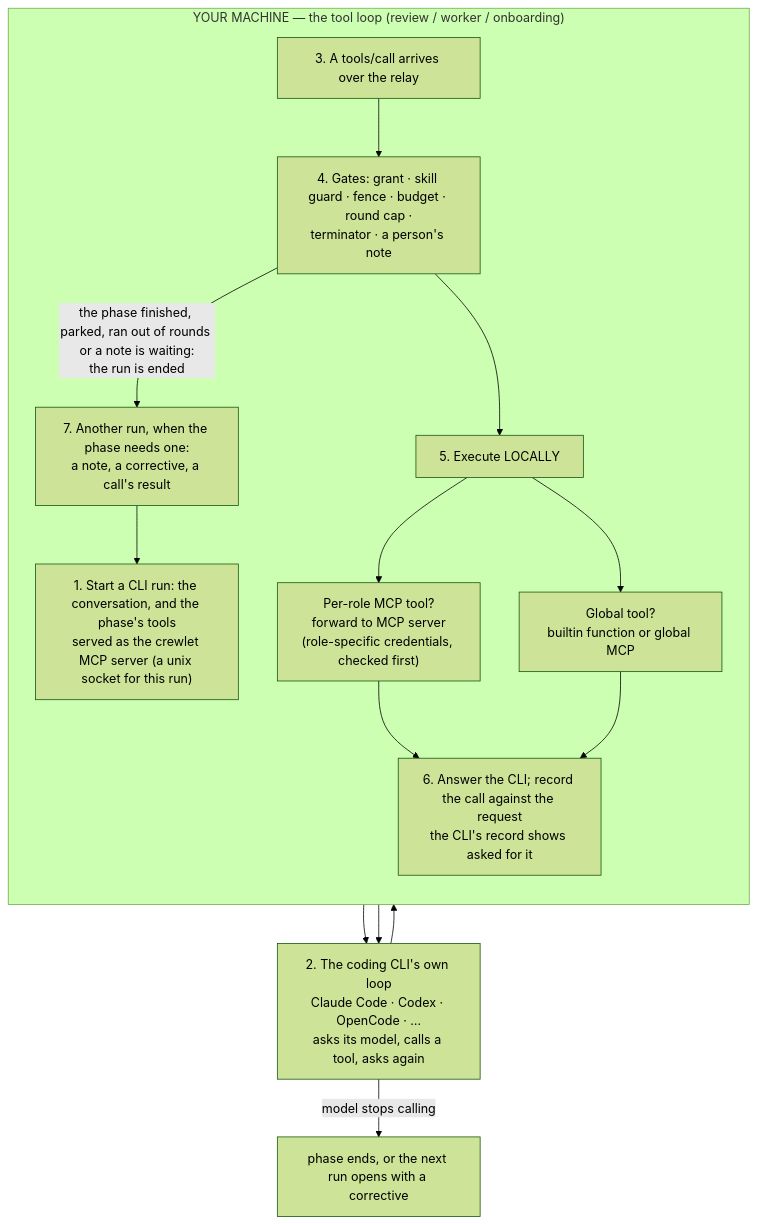
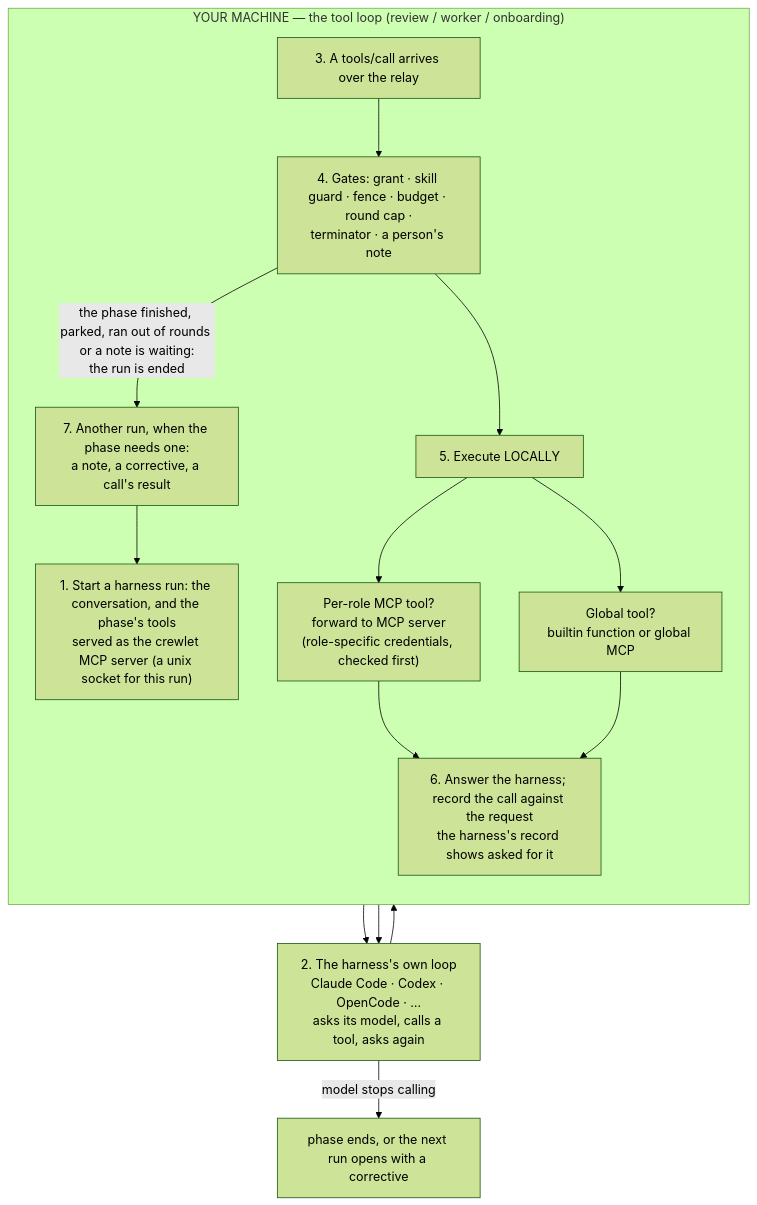
One commit to crewlet/crewlet changed the second of 5 diagrams in docs/concepts/agent-runtime.md. Above: the diagram before and after it, drawn with Mermaid (forest theme). The commit also changed other lines of this file and 64 other files, not shown here.

First line of the commit message:
docs(docs): say harness where the docs said coding CLI

````diff
--- a/docs/concepts/agent-runtime.md
+++ b/docs/concepts/agent-runtime.md
@@ -131,27 +131,27 @@
 ```mermaid
 flowchart TD
     subgraph machine["YOUR MACHINE — the tool loop (review / worker / onboarding)"]
         direction TB
-        S1["1. Start a CLI run: the conversation, and the phase's tools<br/>served as the crewlet MCP server (a unix socket for this run)"]
+        S1["1. Start a harness run: the conversation, and the phase's tools<br/>served as the crewlet MCP server (a unix socket for this run)"]
         S3["3. A tools/call arrives over the relay"]
         G["4. Gates: grant · skill guard · fence · budget · round cap ·<br/>terminator · a person's note"]
         S4["5. Execute LOCALLY"]
-        S5["6. Answer the CLI; record the call against the request<br/>the CLI's record shows asked for it"]
+        S5["6. Answer the harness; record the call against the request<br/>the harness's record shows asked for it"]
         MCP["Per-role MCP tool?<br/>forward to MCP server<br/>(role-specific credentials, checked first)"]
         GLOBAL["Global tool?<br/>builtin function or global MCP"]
         NEXT["7. Another run, when the phase needs one:<br/>a note, a corrective, a call's result"]
         S3 --> G
         G --> S4
         S4 --> MCP
         S4 --> GLOBAL
         MCP --> S5
         GLOBAL --> S5
         NEXT --> S1
     end
-    CLI["2. The coding CLI's own loop<br/>Claude Code · Codex · OpenCode · …<br/>asks its model, calls a tool, asks again"]
-    S1 --> CLI
-    CLI --> S3
-    S5 --> CLI
+    harness["2. The harness's own loop<br/>Claude Code · Codex · OpenCode · …<br/>asks its model, calls a tool, asks again"]
+    S1 --> harness
+    harness --> S3
+    S5 --> harness
     G -->|"the phase finished, parked, ran out of rounds or a note is waiting:<br/>the run is ended"| NEXT
-    CLI -->|"model stops calling"| DONE["phase ends, or the next run opens with a corrective"]
+    harness -->|"model stops calling"| DONE["phase ends, or the next run opens with a corrective"]
 ```
````
